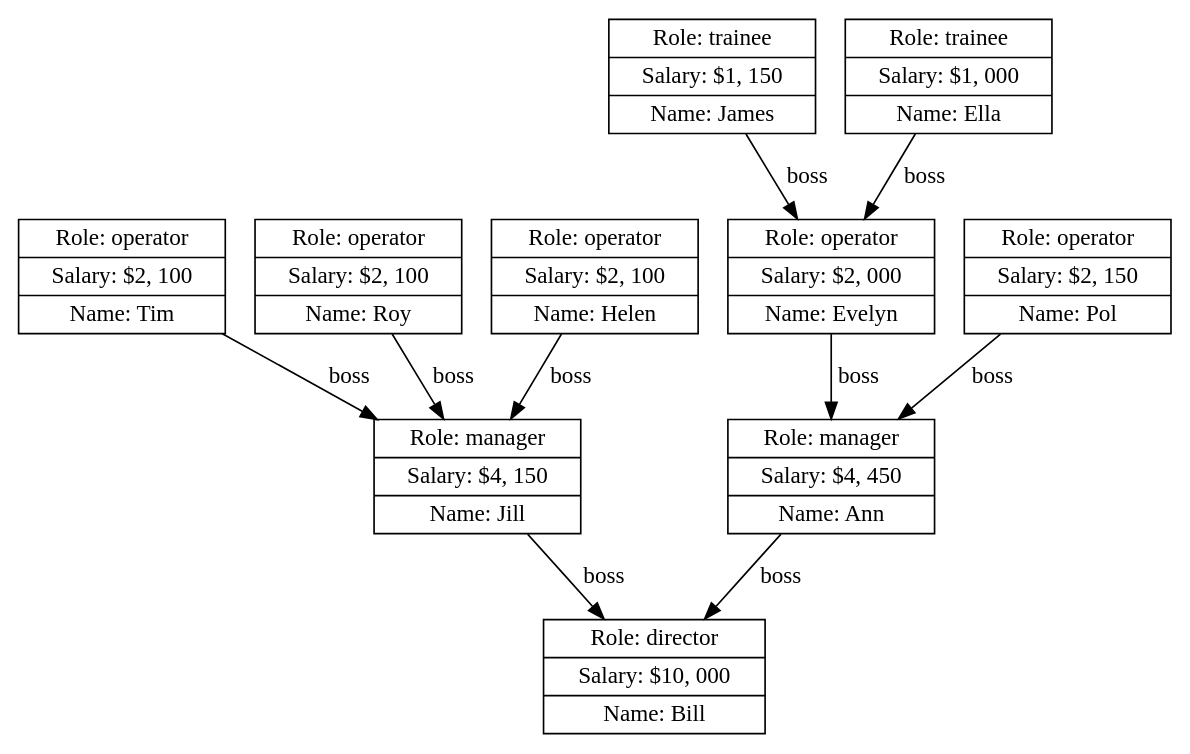
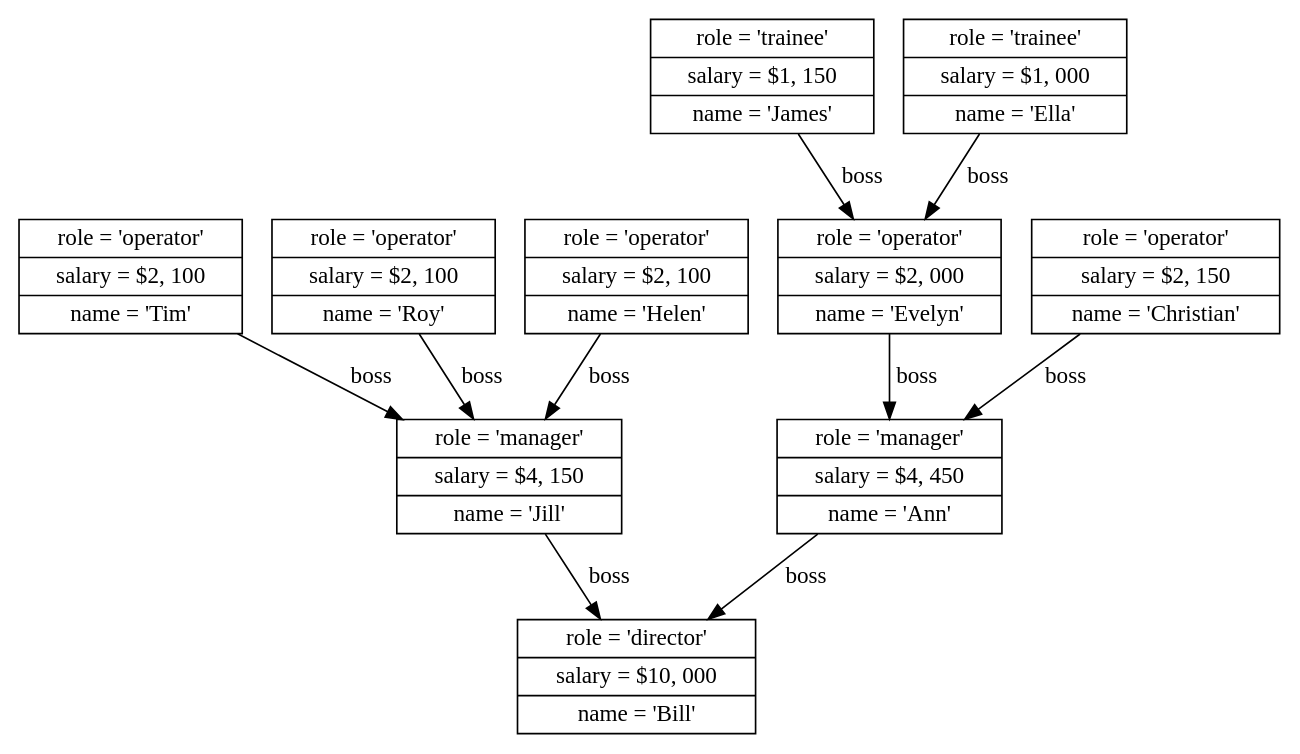
The diagram in docs/images/cfpq_example.dot (YaccConstructor/RedisGraph), drawn with Graphviz before and after one commit. The commit also changed 2 other files, not shown here.

```diff
--- a/docs/images/cfpq_example.dot
+++ b/docs/images/cfpq_example.dot
@@ -1,31 +1,31 @@
 digraph cfpqExample
 {
 node [shape=record]
-director [label="{Role: director | { Salary: $10, 000 } | { Name: Bill}}"];
-manager1 [label="{Role: manager | { Salary: $4, 150} | { Name: Jill}}"];
-manager2 [label="{Role: manager | { Salary: $4, 450} | { Name: Ann}}"];
+director [label="{role = 'director' | { salary = $10, 000 } | { name = 'Bill'}}"];
+manager1 [label="{role = 'manager' | { salary = $4, 150} | { name = 'Jill'}}"];
+manager2 [label="{role = 'manager' | { salary = $4, 450} | { name = 'Ann'}}"];
 
-operator1 [label="{Role: operator | { Salary: $2, 100} | { Name: Tim} }"];
-operator2 [label="{Role: operator | { Salary: $2, 100} | { Name: Roy}}"];
-operator3 [label="{Role: operator | { Salary: $2, 100} | { Name: Helen}}"];
+operator1 [label="{role = 'operator' | { salary = $2, 100} | { name = 'Tim'} }"];
+operator2 [label="{role = 'operator' | { salary = $2, 100} | { name = 'Roy'}}"];
+operator3 [label="{role = 'operator' | { salary = $2, 100} | { name = 'Helen'}}"];
 
-operator4 [label="{Role: operator | { Salary: $2, 000} | { Name: Evelyn}}"];
-operator5 [label="{Role: operator | { Salary: $2, 150} | { Name: Pol}}"];
+operator4 [label="{role = 'operator' | { salary = $2, 000} | { name = 'Evelyn'}}"];
+operator5 [label="{role = 'operator' | { salary = $2, 150} | { name = 'Christian'}}"];
 
-trainee1 [label="{Role: trainee | { Salary: $1, 150} | { Name: James}}"];
-trainee2 [label="{Role: trainee | { Salary: $1, 000} | { Name: Ella}}"];
+trainee1 [label="{role = 'trainee' | { salary = $1, 150} | { name = 'James'}}"];
+trainee2 [label="{role = 'trainee' | { salary = $1, 000} | { name = 'Ella'}}"];
 
 
 manager1 -> director [label="boss"]
 manager2 -> director [label="boss"]
 
 operator1 -> manager1[label="boss"]
 operator2 -> manager1[label="boss"]
 operator3 -> manager1[label="boss"]
 
 operator4 -> manager2[label="boss"]
 operator5 -> manager2[label="boss"]
 
 trainee1 -> operator4[label="boss"]
 trainee2 -> operator4[label="boss"]
 }
```
